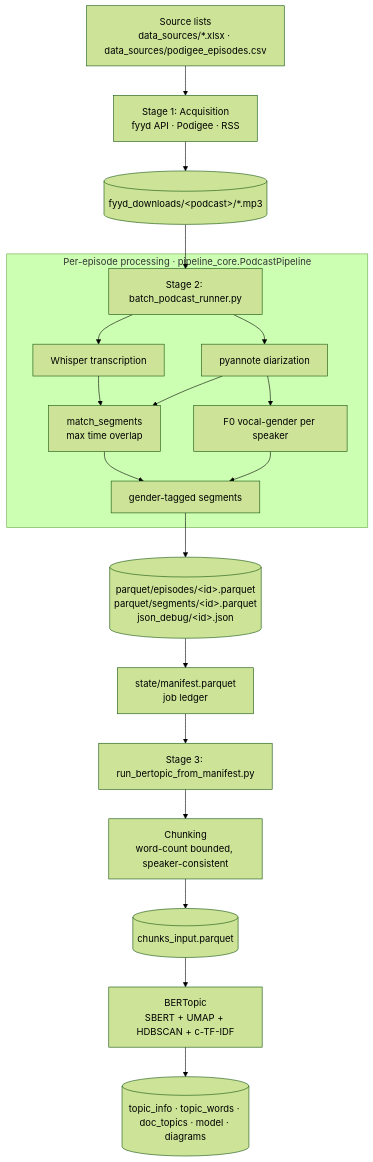
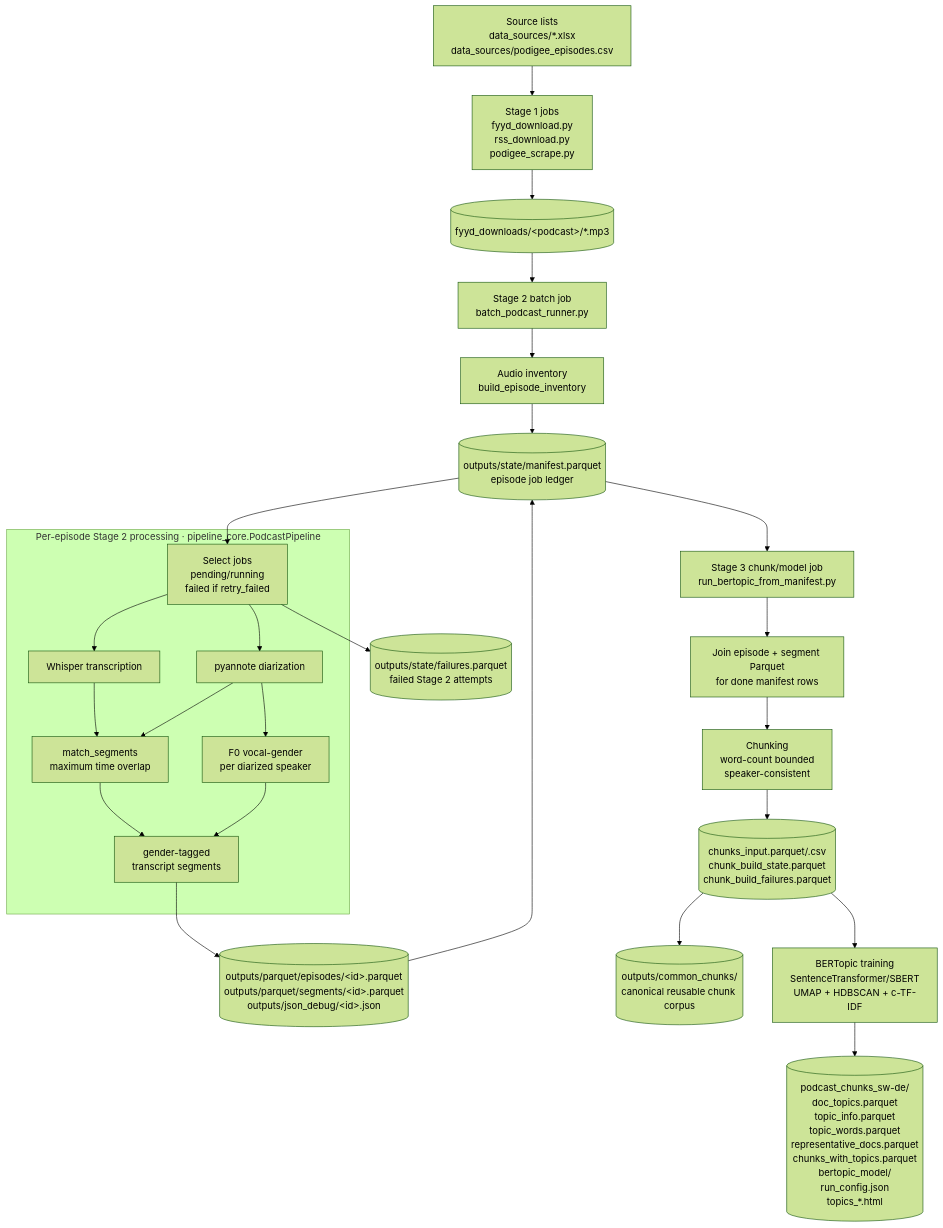
One commit to plasma31/podcast_transcribe changed the diagram in docs/thesis/01_pipeline_and_data.md. Above: the diagram before and after it, drawn with Mermaid (forest theme). The commit also changed other lines of this file and 6 other files, not shown here.

````diff
--- a/docs/thesis/01_pipeline_and_data.md
+++ b/docs/thesis/01_pipeline_and_data.md
@@ -19,22 +19,32 @@
 ```mermaid
 flowchart TD
-    A[Source lists<br/>data_sources/*.xlsx · data_sources/podigee_episodes.csv] --> B[Stage 1: Acquisition<br/>fyyd API · Podigee · RSS]
+    A[Source lists<br/>data_sources/*.xlsx<br/>data_sources/podigee_episodes.csv] --> B[Stage 1 jobs<br/>fyyd_download.py<br/>rss_download.py<br/>podigee_scrape.py]
     B --> C[(fyyd_downloads/&lt;podcast&gt;/*.mp3)]
-    C --> D[Stage 2: batch_podcast_runner.py]
-    subgraph D2 [Per-episode processing · pipeline_core.PodcastPipeline]
-        D --> E[Whisper transcription]
-        D --> F[pyannote diarization]
-        E --> G[match_segments<br/>max time overlap]
-        F --> G
-        F --> H[F0 vocal-gender per speaker]
-        G --> I[gender-tagged segments]
-        H --> I
+
+    C --> D[Stage 2 batch job<br/>batch_podcast_runner.py]
+    D --> E[Audio inventory<br/>build_episode_inventory]
+    E --> F[(outputs/state/manifest.parquet<br/>episode job ledger)]
+    F --> G[Select jobs<br/>pending/running<br/>failed if retry_failed]
+
+    subgraph S2 [Per-episode Stage 2 processing · pipeline_core.PodcastPipeline]
+        G --> H[Whisper transcription]
+        G --> I[pyannote diarization]
+        H --> J[match_segments<br/>maximum time overlap]
+        I --> J
+        I --> K[F0 vocal-gender<br/>per diarized speaker]
+        J --> L[gender-tagged<br/>transcript segments]
+        K --> L
     end
-    I --> J[(parquet/episodes/&lt;id&gt;.parquet<br/>parquet/segments/&lt;id&gt;.parquet<br/>json_debug/&lt;id&gt;.json)]
-    J --> K[state/manifest.parquet<br/>job ledger]
-    K --> L[Stage 3: run_bertopic_from_manifest.py]
-    L --> M[Chunking<br/>word-count bounded, speaker-consistent]
-    M --> N[(chunks_input.parquet)]
-    N --> O[BERTopic<br/>SBERT + UMAP + HDBSCAN + c-TF-IDF]
-    O --> P[(topic_info · topic_words · doc_topics · model · diagrams)]
+
+    L --> M[(outputs/parquet/episodes/&lt;id&gt;.parquet<br/>outputs/parquet/segments/&lt;id&gt;.parquet<br/>outputs/json_debug/&lt;id&gt;.json)]
+    M --> F
+    G --> N[(outputs/state/failures.parquet<br/>failed Stage 2 attempts)]
+
+    F --> O[Stage 3 chunk/model job<br/>run_bertopic_from_manifest.py]
+    O --> P[Join episode + segment Parquet<br/>for done manifest rows]
+    P --> Q[Chunking<br/>word-count bounded<br/>speaker-consistent]
+    Q --> R[(chunks_input.parquet/.csv<br/>chunk_build_state.parquet<br/>chunk_build_failures.parquet)]
+    R --> S[(outputs/common_chunks/<br/>canonical reusable chunk corpus)]
+    R --> T[BERTopic training<br/>SentenceTransformer/SBERT<br/>UMAP + HDBSCAN + c-TF-IDF]
+    T --> U[(podcast_chunks_sw-de/<br/>doc_topics.parquet<br/>topic_info.parquet<br/>topic_words.parquet<br/>representative_docs.parquet<br/>chunks_with_topics.parquet<br/>bertopic_model/<br/>run_config.json<br/>topics_*.html)]
 ```
````
